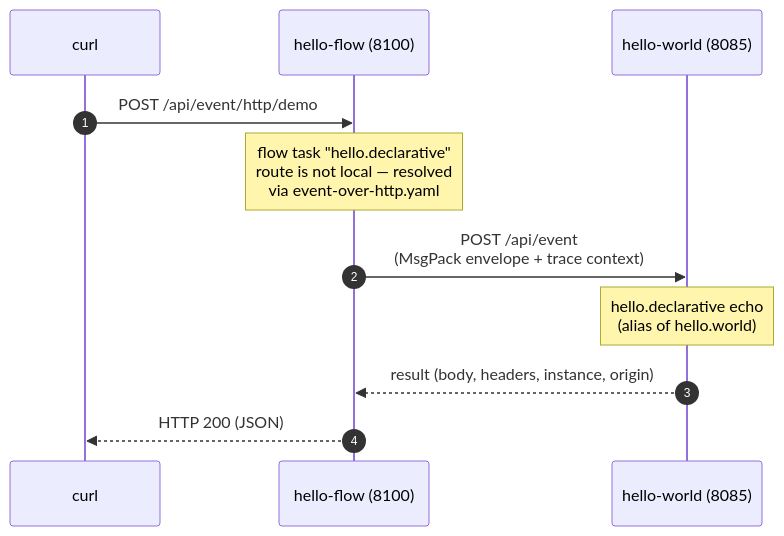
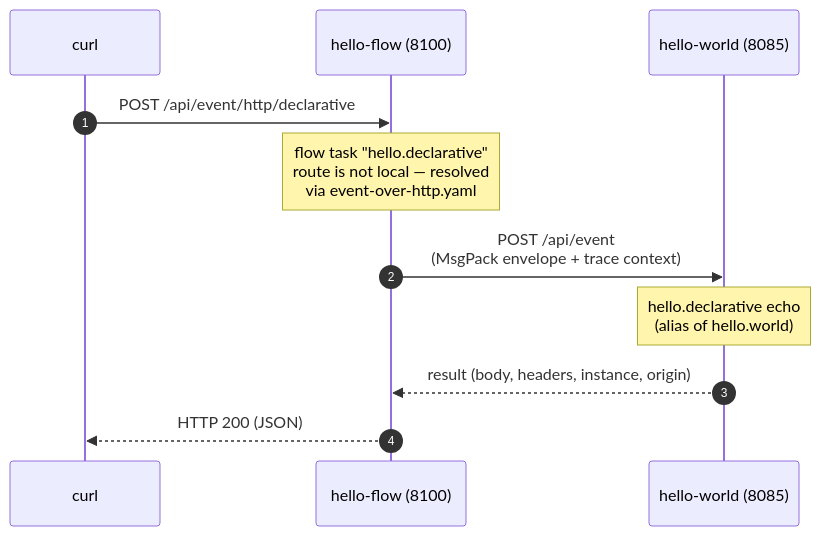
One commit to Accenture/mercury changed the diagram in docs/guides/event-over-http.md. Above: the diagram before and after it, drawn with Mermaid. The commit also changed other lines of this file and 21 other files, not shown here.

First line of the commit message:
feat(examples): declarative endpoint rename + Event-over-HTTP authentication demo

````diff
--- a/docs/guides/event-over-http.md
+++ b/docs/guides/event-over-http.md
@@ -159,13 +159,13 @@
 ```mermaid
 sequenceDiagram
     autonumber
     participant U as curl
     participant C as hello-flow (8100)
     participant L as hello-world (8085)
-    U->>C: POST /api/event/http/demo
+    U->>C: POST /api/event/http/declarative
     Note over C: flow task "hello.declarative"<br/>route is not local — resolved<br/>via event-over-http.yaml
     C->>L: POST /api/event<br/>(MsgPack envelope + trace context)
     Note over L: hello.declarative echo<br/>(alias of hello.world)
     L-->>C: result (body, headers, instance, origin)
     C-->>U: HTTP 200 (JSON)
 ```
````
